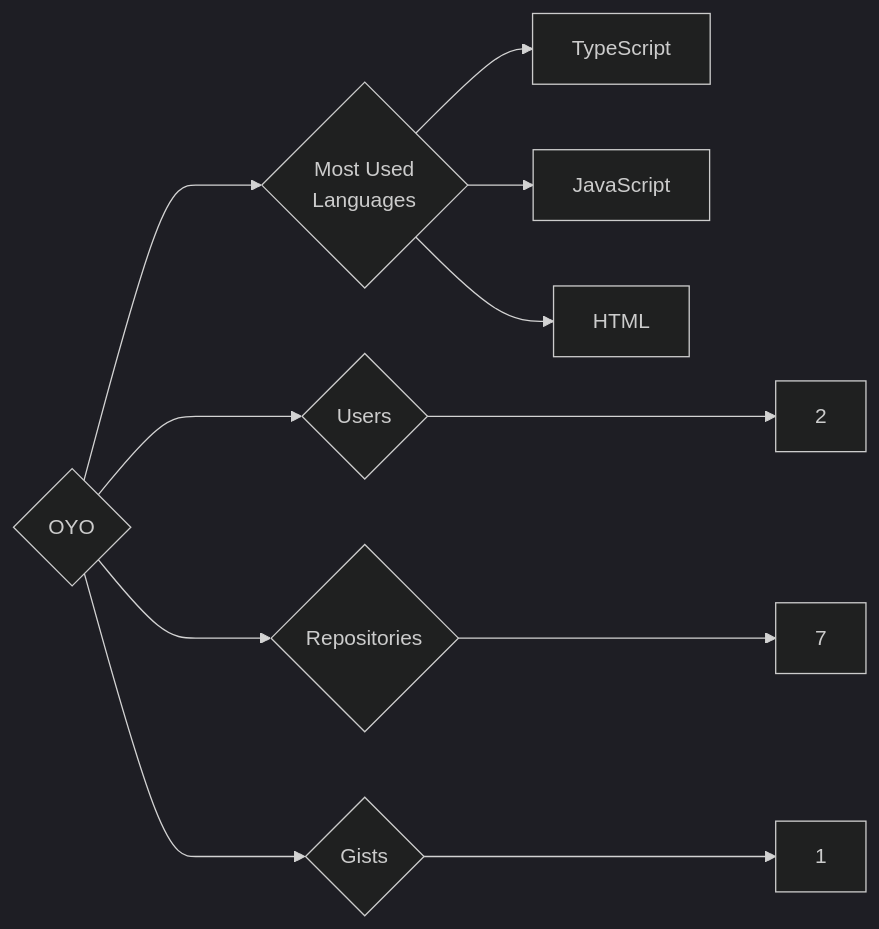
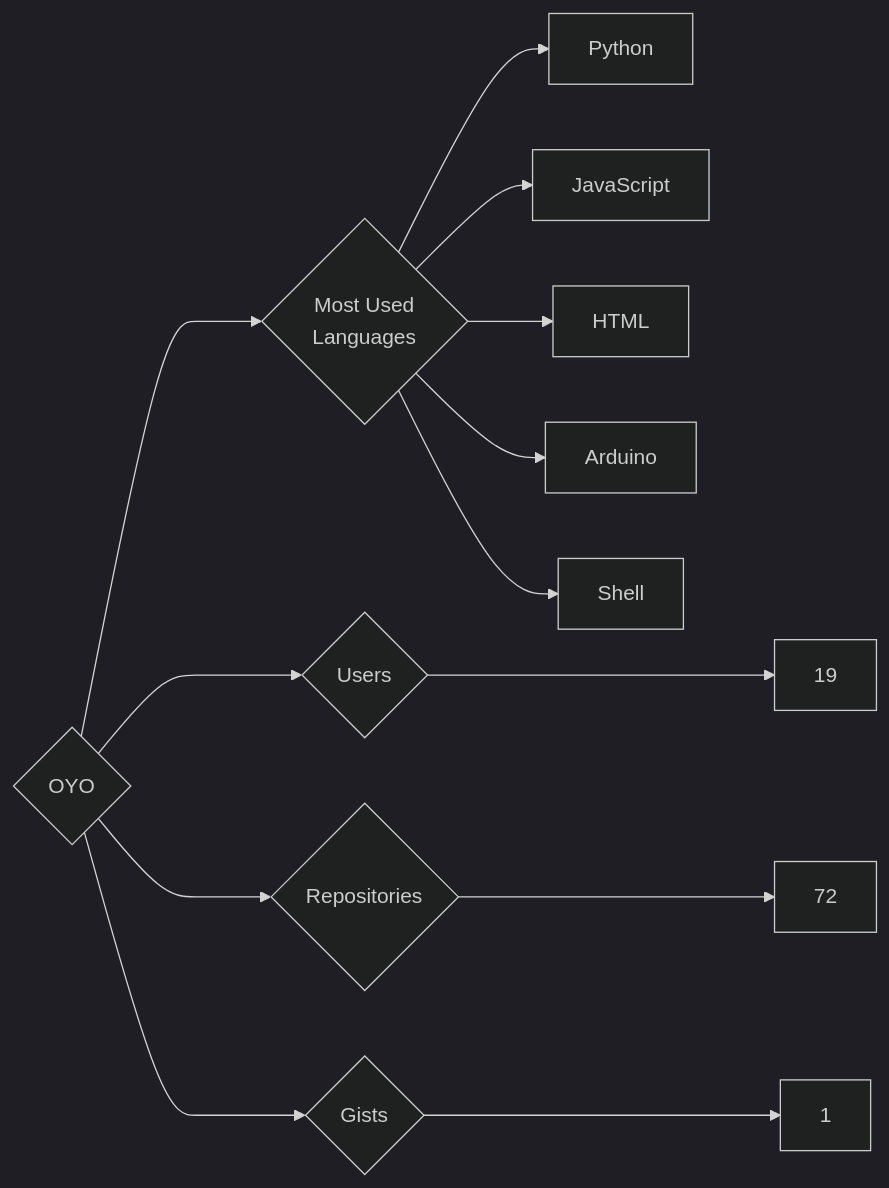
Before and after one commit to trickest/insiders: the diagram in targets/OYO/README.md, drawn with Mermaid (dark theme). The commit also changed 681 other files, not shown here.

````diff
--- a/targets/OYO/README.md
+++ b/targets/OYO/README.md
@@ -3,11 +3,13 @@
 ```mermaid
 graph LR
 COMPANY_NAME{OYO}
-COMPANY_NAME ---> U{Users} ---> UN[2]
-COMPANY_NAME ---> R{Repositories} ---> RN[7]
+COMPANY_NAME ---> U{Users} ---> UN[19]
+COMPANY_NAME ---> R{Repositories} ---> RN[72]
 COMPANY_NAME ---> G{Gists} ---> GN[1]
 COMPANY_NAME ---> ML{Most Used<br>Languages}
-ML --> TypeScript[TypeScript]
+ML --> Python[Python]
 ML --> JavaScript[JavaScript]
 ML --> HTML[HTML]
+ML --> Arduino[Arduino]
+ML --> Shell[Shell]
 ```
````
